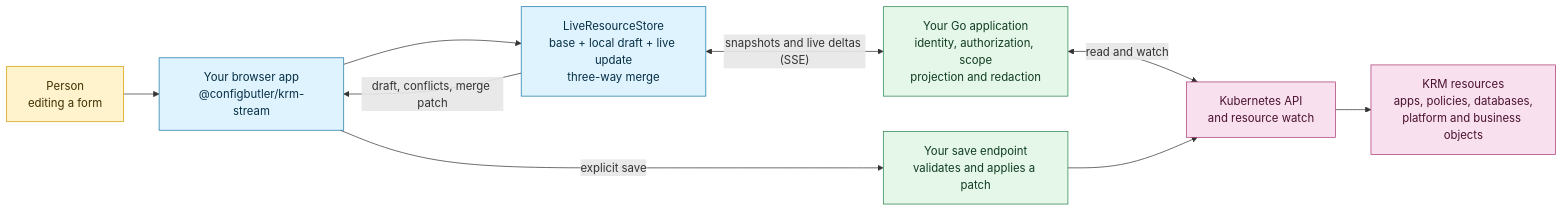
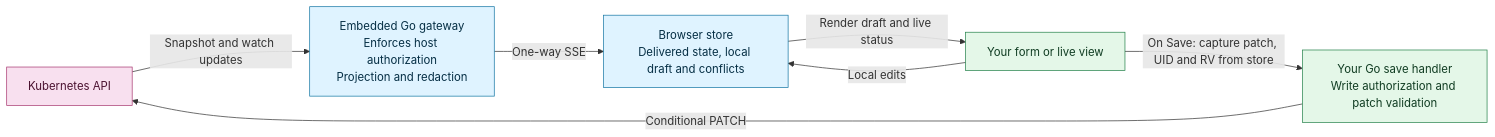
One commit to ConfigButler/krm-stream changed the diagram in README.md. Above: the diagram before and after it, drawn with Mermaid. The commit also changed other lines of this file and 20 other files, not shown here.

````diff
--- a/README.md
+++ b/README.md
@@ -68,26 +68,22 @@
 ```mermaid
 flowchart LR
-  person["Person\nediting a form"]
-  browser["Your browser app\n@configbutler/krm-stream"]
-  store["LiveResourceStore\nbase + local draft + live update\nthree-way merge"]
-  host["Your Go application\nidentity, authorization, scope\nprojection and redaction"]
-  api["Kubernetes API\nand resource watch"]
-  resources["KRM resources\napps, policies, databases,\nplatform and business objects"]
-  save["Your save endpoint\nvalidates and applies a patch"]
+  api["Kubernetes API"]
+  gateway["Embedded Go gateway<br/>Enforces host authorization<br/>Projection and redaction"]
+  store["Browser store<br/>Delivered state, local draft and conflicts"]
+  ui["Your form or live view"]
+  save["Your Go save handler<br/>Write authorization and patch validation"]
 
-  person --> browser --> store
-  store <-->|"snapshots and live deltas (SSE)"| host
-  host <-->|"read and watch"| api --> resources
-  store -->|"draft, conflicts, merge patch"| browser
-  browser -->|"explicit save"| save --> api
+  api -->|"Snapshot and watch updates"| gateway
+  gateway -->|"One-way SSE"| store
+  store -->|"Render draft and live status"| ui
+  ui -->|"Local edits"| store
+  ui -->|"On Save: capture patch, UID and RV from store"| save
+  save -->|"Conditional PATCH"| api
 
-  classDef person fill:#fff3cd,stroke:#d39e00,color:#3f3000;
-  classDef browser fill:#dff3ff,stroke:#1677a4,color:#062f45;
-  classDef host fill:#e4f7e8,stroke:#27834c,color:#113d23;
-  classDef api fill:#f8e0ef,stroke:#a83970,color:#4b1230;
-  classDef store fill:#ede7ff,stroke:#6750a4,color:#2d1e5c;
-  class person person;
-  class browser,store browser;
-  class host,save host;
-  class api,resources api;
+  classDef library fill:#dff3ff,stroke:#1677a4,color:#062f45;
+  classDef application fill:#e4f7e8,stroke:#27834c,color:#113d23;
+  classDef upstream fill:#f8e0ef,stroke:#a83970,color:#4b1230;
+  class gateway,store library;
+  class save,ui application;
+  class api upstream;
 ```
````
